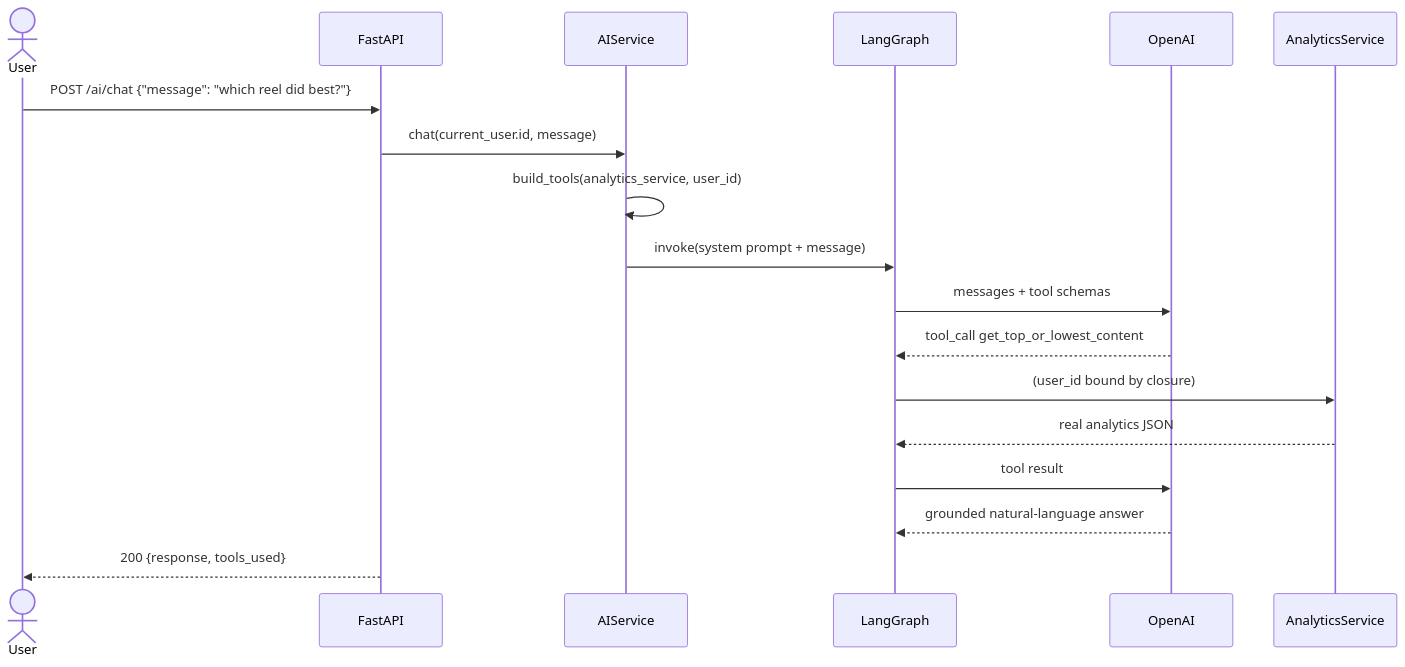
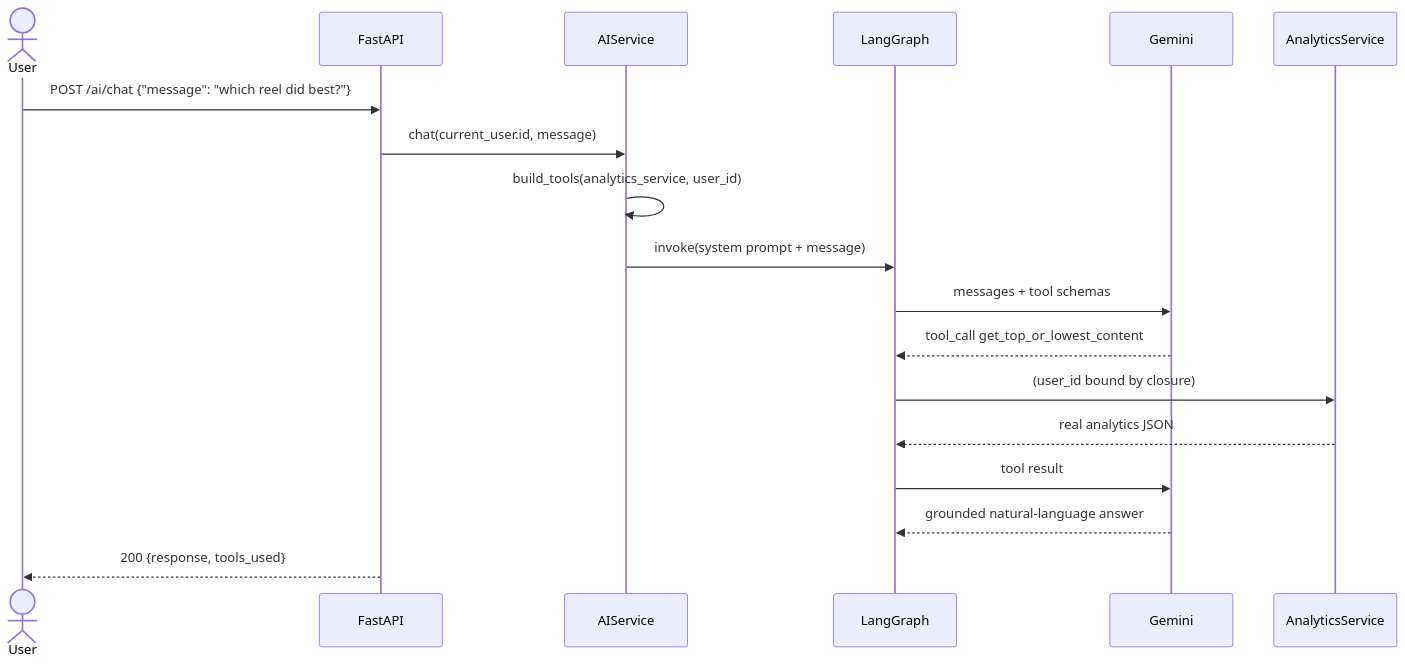
One commit to Manohar0441/instagram-ai-agent changed the tenth of 13 diagrams in Documents/ARCHITECTURE.md. Above: the diagram before and after it, drawn with Mermaid. The commit also changed other lines of this file and 22 other files, not shown here.

````diff
--- a/Documents/ARCHITECTURE.md
+++ b/Documents/ARCHITECTURE.md
@@ -405,21 +405,21 @@
 ```mermaid
 sequenceDiagram
     actor U as User
     participant API as FastAPI
     participant AIS as AIService
     participant Graph as LangGraph
-    participant LLM as OpenAI
+    participant LLM as Gemini
     participant AS as AnalyticsService
 
     U->>API: POST /ai/chat {"message": "which reel did best?"}
     API->>AIS: chat(current_user.id, message)
     AIS->>AIS: build_tools(analytics_service, user_id)
     AIS->>Graph: invoke(system prompt + message)
     Graph->>LLM: messages + tool schemas
     LLM-->>Graph: tool_call get_top_or_lowest_content
     Graph->>AS: (user_id bound by closure)
     AS-->>Graph: real analytics JSON
     Graph->>LLM: tool result
     LLM-->>Graph: grounded natural-language answer
     API-->>U: 200 {response, tools_used}
 ```
````
